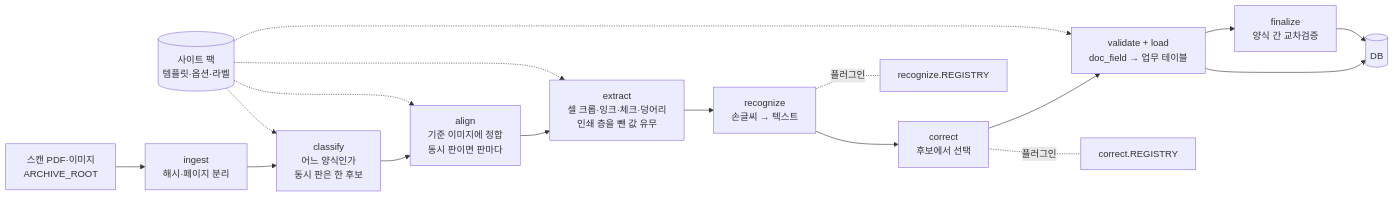
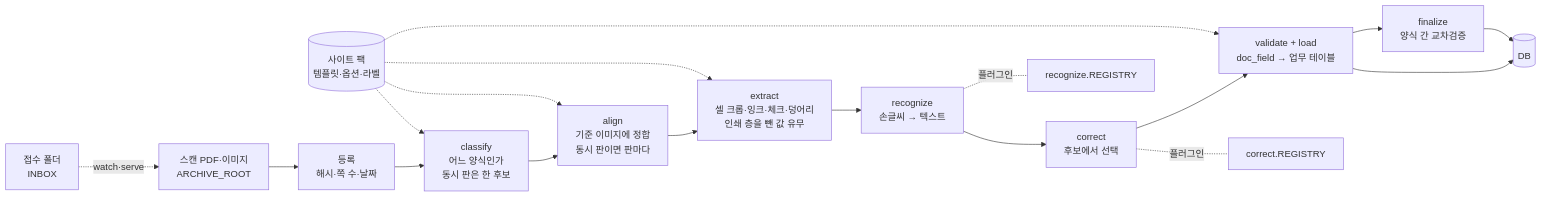
Before and after one commit to junhpark/mine-docscan: the first of 2 diagrams in docs/ARCHITECTURE.md, drawn with Mermaid. The commit also changed other lines of this file and 64 other files, not shown here.

````diff
--- a/docs/ARCHITECTURE.md
+++ b/docs/ARCHITECTURE.md
@@ -27,16 +27,17 @@
 ```mermaid
 flowchart LR
-  A[스캔 PDF·이미지<br/>ARCHIVE_ROOT] --> B[ingest<br/>해시·페이지 분리]
+  IN[접수 폴더<br/>INBOX] -.watch·serve.-> A
+  A[스캔 PDF·이미지<br/>ARCHIVE_ROOT] --> B[등록<br/>해시·쪽 수·날짜]
   B --> C[classify<br/>어느 양식인가<br/>동시 판은 한 후보]
   C --> D[align<br/>기준 이미지에 정합<br/>동시 판이면 판마다]
   D --> E[extract<br/>셀 크롭·잉크·체크·덩어리<br/>인쇄 층을 뺀 값 유무]
   E --> F[recognize<br/>손글씨 → 텍스트]
   F --> G[correct<br/>후보에서 선택]
   G --> H[validate + load<br/>doc_field → 업무 테이블]
   H --> I[finalize<br/>양식 간 교차검증]
   SP[(사이트 팩<br/>템플릿·옵션·라벨)] -.-> C & D & E & H
   F -.플러그인.- R[recognize.REGISTRY]
   G -.플러그인.- K[correct.REGISTRY]
   H --> DB[(DB)]
   I --> DB
 ```
````
